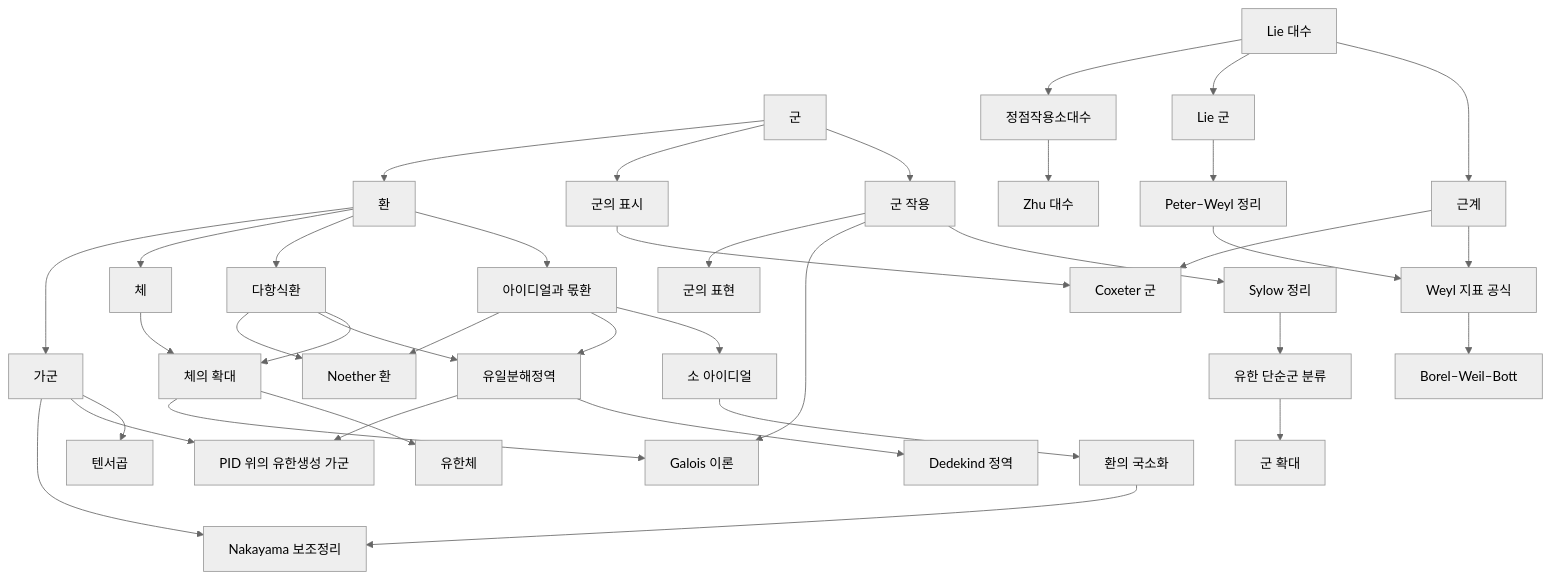
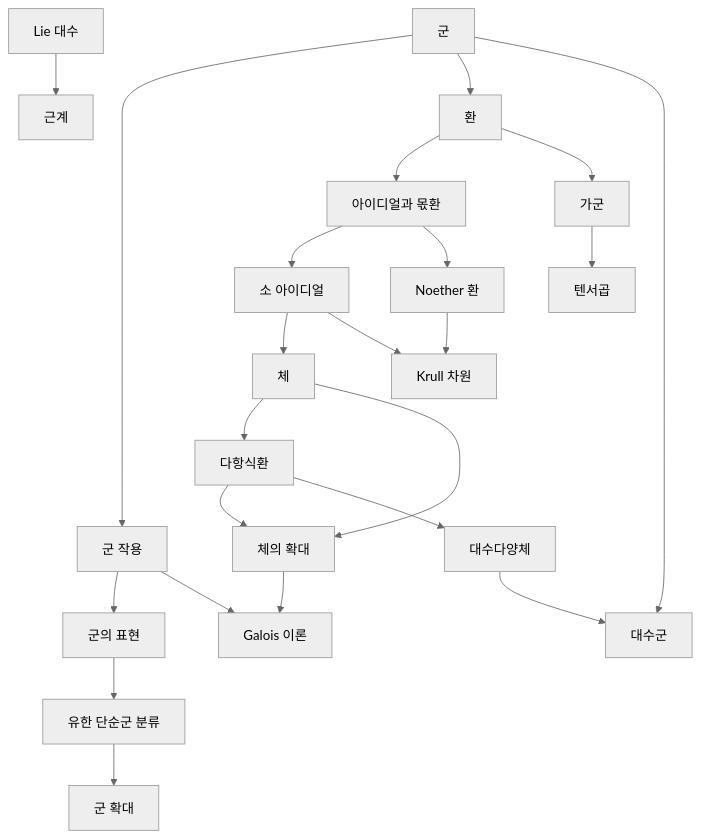
Before and after one commit to Phryxia/math-map: the diagram in docs/abstract-algebra-overview.md, drawn with Mermaid (neutral theme). The commit also changed other lines of this file, not shown here.

````diff
--- a/docs/abstract-algebra-overview.md
+++ b/docs/abstract-algebra-overview.md
@@ -11,24 +13,14 @@
 ```mermaid
 graph TD
-  G["군"] --> GA["군 작용"] --> SY["Sylow 정리"] --> FS["유한 단순군 분류"] --> GE["군 확대"]
+  G["군"] --> GA["군 작용"] --> GR["군의 표현"] --> FS["유한 단순군 분류"] --> GE["군 확대"]
   GA --> GT["Galois 이론"]
-  GA --> GR["군의 표현"]
-  G --> GP["군의 표시"] --> CX["Coxeter 군"]
-  G --> R["환"] --> ID["아이디얼과 몫환"] --> PI["소 아이디얼"] --> LZ["환의 국소화"]
-  ID --> UFD["유일분해정역"] --> DD["Dedekind 정역"]
-  ID --> NO["Noether 환"]
-  R --> PR["다항식환"] --> FE["체의 확대"]
-  PR --> UFD
-  PR --> NO
-  R --> F["체"] --> FE --> FF["유한체"]
-  FE --> GT
+  G --> R["환"] --> ID["아이디얼과 몫환"] --> PI["소 아이디얼"] --> F["체"] --> PR["다항식환"]
+  ID --> NO["Noether 환"] --> KD["Krull 차원"]
+  PI --> KD
   R --> M["가군"] --> TP["텐서곱"]
-  M --> FG["PID 위의 유한생성 가군"]
-  UFD --> FG
-  M --> NK["Nakayama 보조정리"]
-  LZ --> NK
-  LA["Lie 대수"] --> RS["근계"] --> WC["Weyl 지표 공식"] --> BWB["Borel–Weil–Bott"]
-  RS --> CX
-  LA --> LG["Lie 군"] --> PW["Peter–Weyl 정리"] --> WC
-  LA --> VOA["정점작용소대수"] --> ZA["Zhu 대수"]
+  F --> FE["체의 확대"]
+  PR --> FE --> GT
+  PR --> AV["대수다양체"] --> AG["대수군"]
+  G --> AG
+  LA["Lie 대수"] --> RS["근계"]
 ```
````
